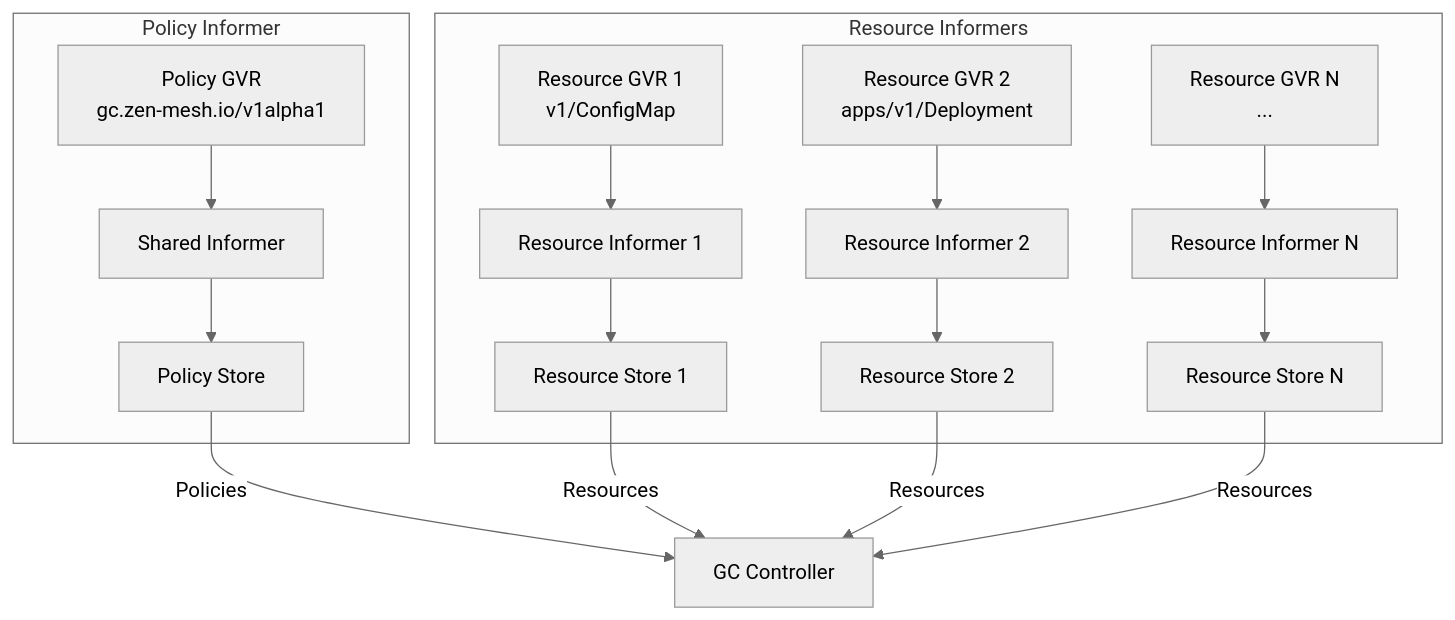
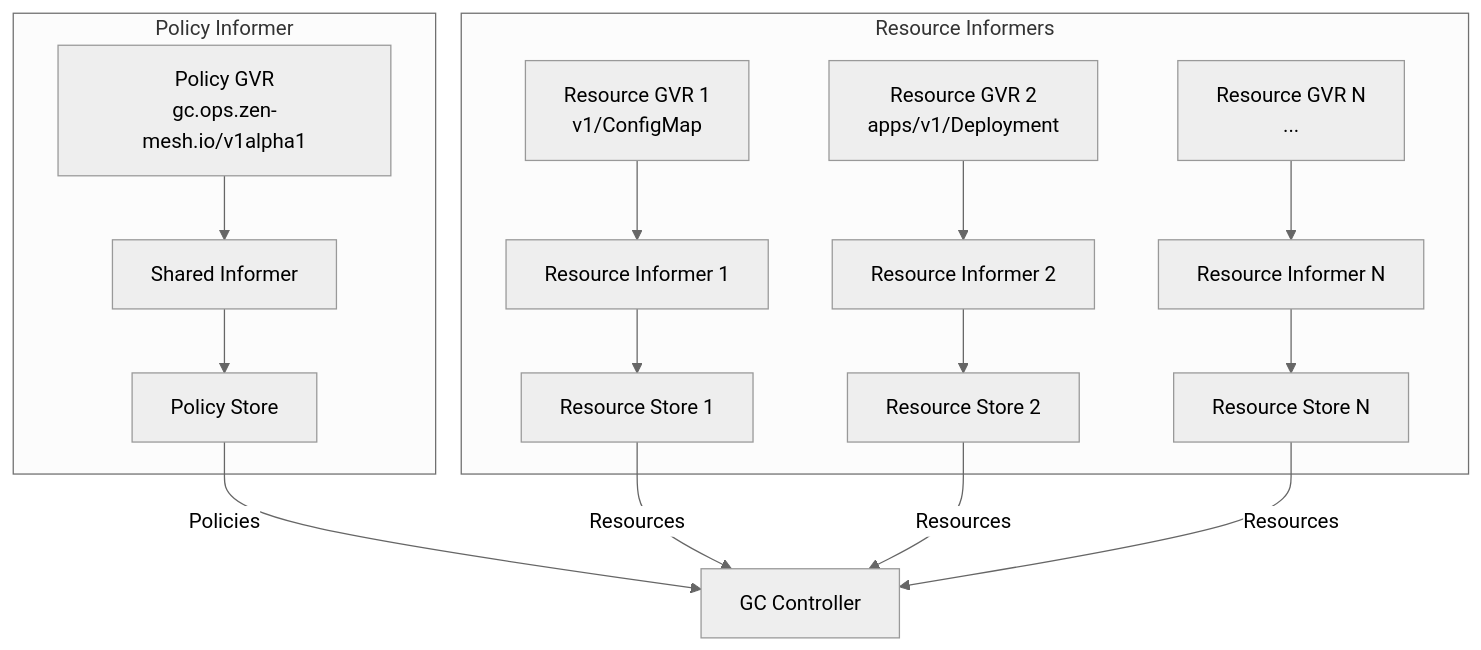
One commit to zenmesh/zen-gc changed the fifth of 16 diagrams in docs/ARCHITECTURE.md. Above: the diagram before and after it, drawn with Mermaid (neutral theme). The commit also changed 12 other files, not shown here.

First line of the commit message:
fix: standardize API group to gc.ops.zen-mesh.io

````diff
--- a/docs/ARCHITECTURE.md
+++ b/docs/ARCHITECTURE.md
@@ -183,38 +183,38 @@
 ```mermaid
 graph TB
     subgraph "Policy Informer"
-        PolicyGVR[Policy GVR<br/>gc.zen-mesh.io/v1alpha1]
+        PolicyGVR[Policy GVR<br/>gc.ops.zen-mesh.io/v1alpha1]
         PolicyInformer[Shared Informer]
         PolicyStore[Policy Store]
     end
     
     subgraph "Resource Informers"
         ResourceGVR1[Resource GVR 1<br/>v1/ConfigMap]
         ResourceGVR2[Resource GVR 2<br/>apps/v1/Deployment]
         ResourceGVRN[Resource GVR N<br/>...]
         
         ResourceInformer1[Resource Informer 1]
         ResourceInformer2[Resource Informer 2]
         ResourceInformerN[Resource Informer N]
         
         ResourceStore1[Resource Store 1]
         ResourceStore2[Resource Store 2]
         ResourceStoreN[Resource Store N]
     end
     
     PolicyGVR --> PolicyInformer
     PolicyInformer --> PolicyStore
     
     ResourceGVR1 --> ResourceInformer1
     ResourceGVR2 --> ResourceInformer2
     ResourceGVRN --> ResourceInformerN
     
     ResourceInformer1 --> ResourceStore1
     ResourceInformer2 --> ResourceStore2
     ResourceInformerN --> ResourceStoreN
     
     PolicyStore -->|Policies| Controller[GC Controller]
     ResourceStore1 -->|Resources| Controller
     ResourceStore2 -->|Resources| Controller
     ResourceStoreN -->|Resources| Controller
 ```
````
